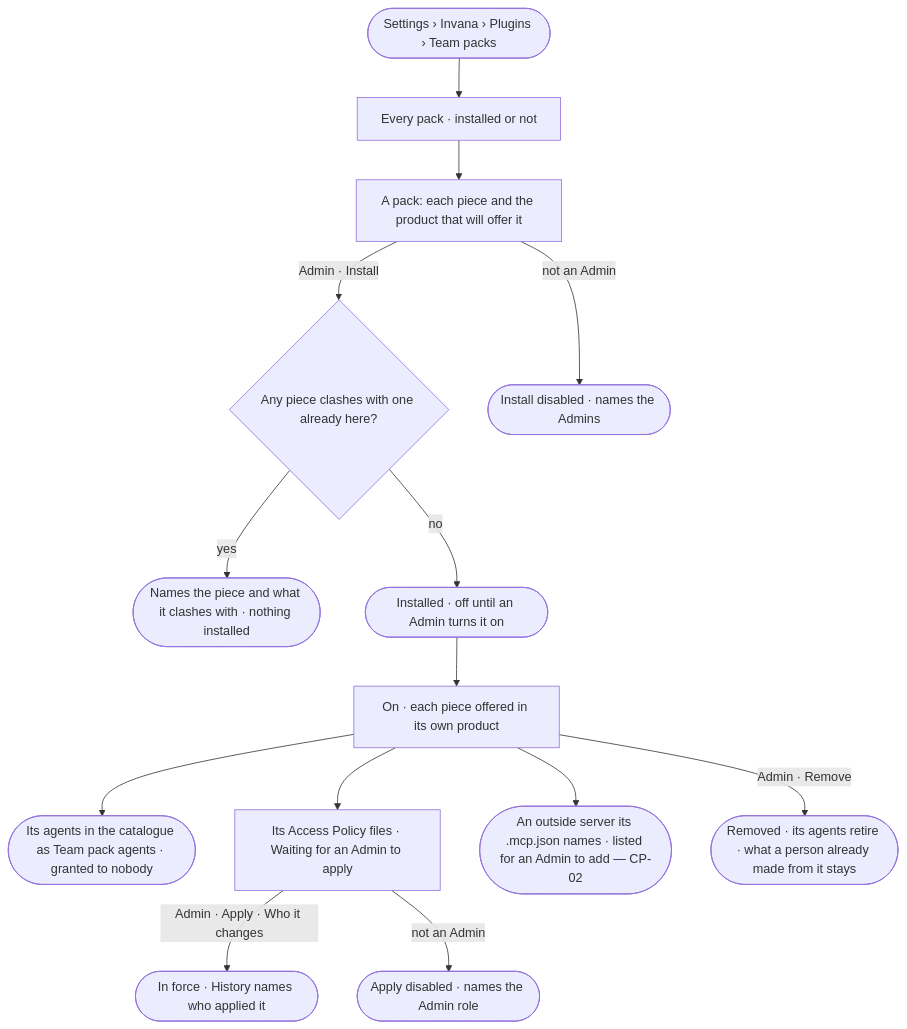
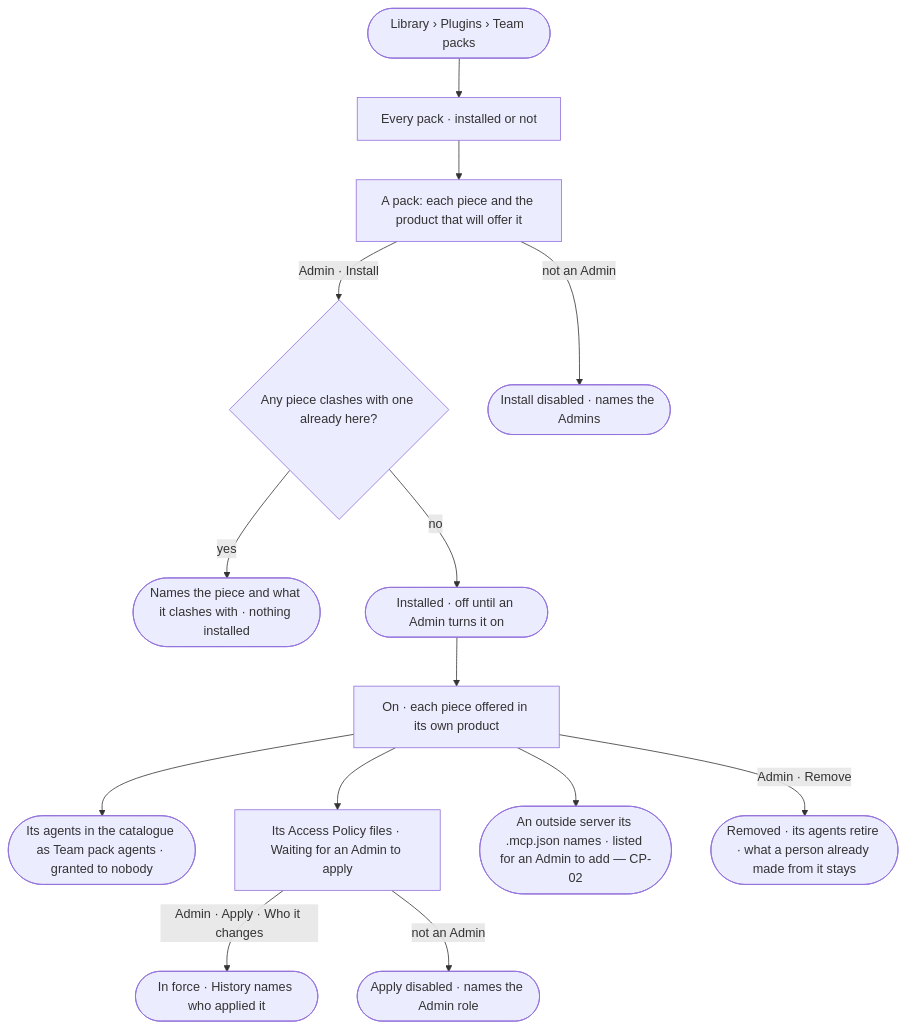
The diagram in specs/os/control/features/CP-F02-plugins-and-outside-tools/stories/CP-20-install-a-team-pack/story.md (invana/invana), drawn with Mermaid before and after one commit. The commit also changed other lines of this file and 106 other files, not shown here.

````diff
--- a/specs/os/control/features/CP-F02-plugins-and-outside-tools/stories/CP-20-install-a-team-pack/story.md
+++ b/specs/os/control/features/CP-F02-plugins-and-outside-tools/stories/CP-20-install-a-team-pack/story.md
@@ -32,16 +32,16 @@
 ```mermaid
 flowchart TD
-  s([Settings › Invana › Plugins › Team packs]) --> l["Every pack · installed or not"]
+  s([Library › Plugins › Team packs]) --> l["Every pack · installed or not"]
   l --> p["A pack: each piece and the product that will offer it"]
   p -->|Admin · Install| c{"Any piece clashes with one already here?"}
   c -->|yes| x(["Names the piece and what it clashes with · nothing installed"])
   c -->|no| i(["Installed · off until an Admin turns it on"])
   i --> on["On · each piece offered in its own product"]
   on --> ag(["Its agents in the catalogue as Team pack agents · granted to nobody"])
   on --> pol["Its Access Policy files · Waiting for an Admin to apply"]
   pol -->|Admin · Apply · Who it changes| ap(["In force · History names who applied it"])
   pol -->|not an Admin| pd(["Apply disabled · names the Admin role"])
   on --> sv(["An outside server its .mcp.json names · listed for an Admin to add — CP-02"])
   p -->|not an Admin| d(["Install disabled · names the Admins"])
   on -->|Admin · Remove| r(["Removed · its agents retire · what a person already made from it stays"])
 ```
````
